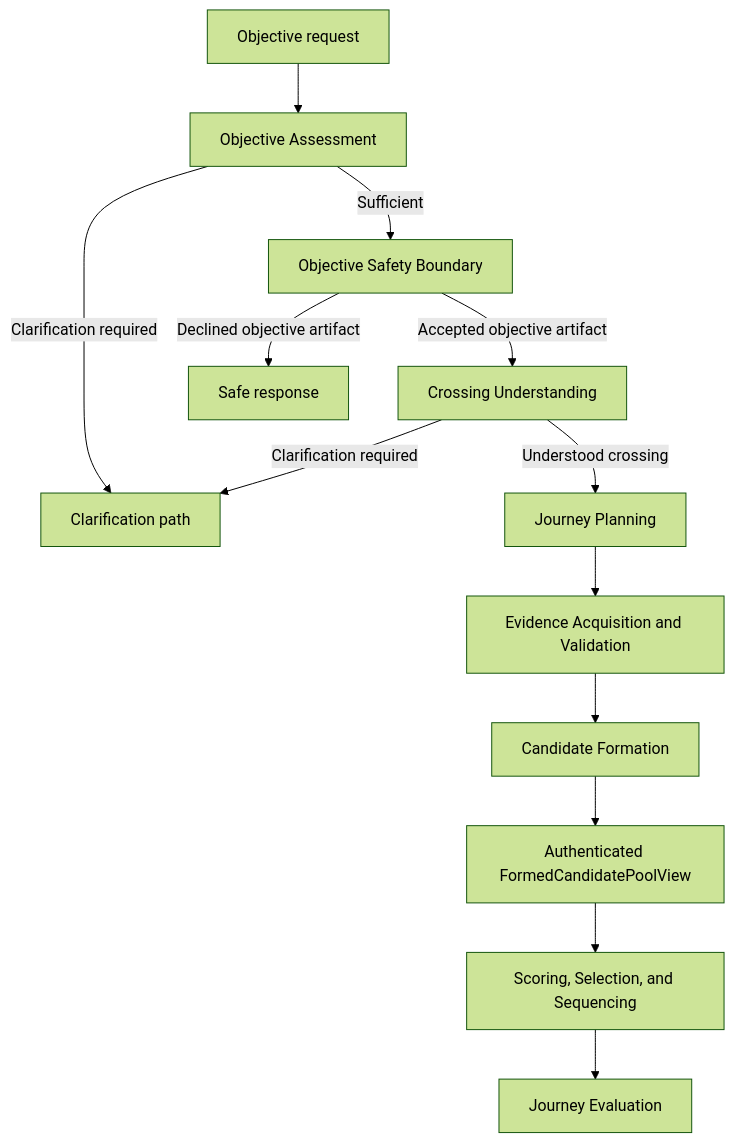
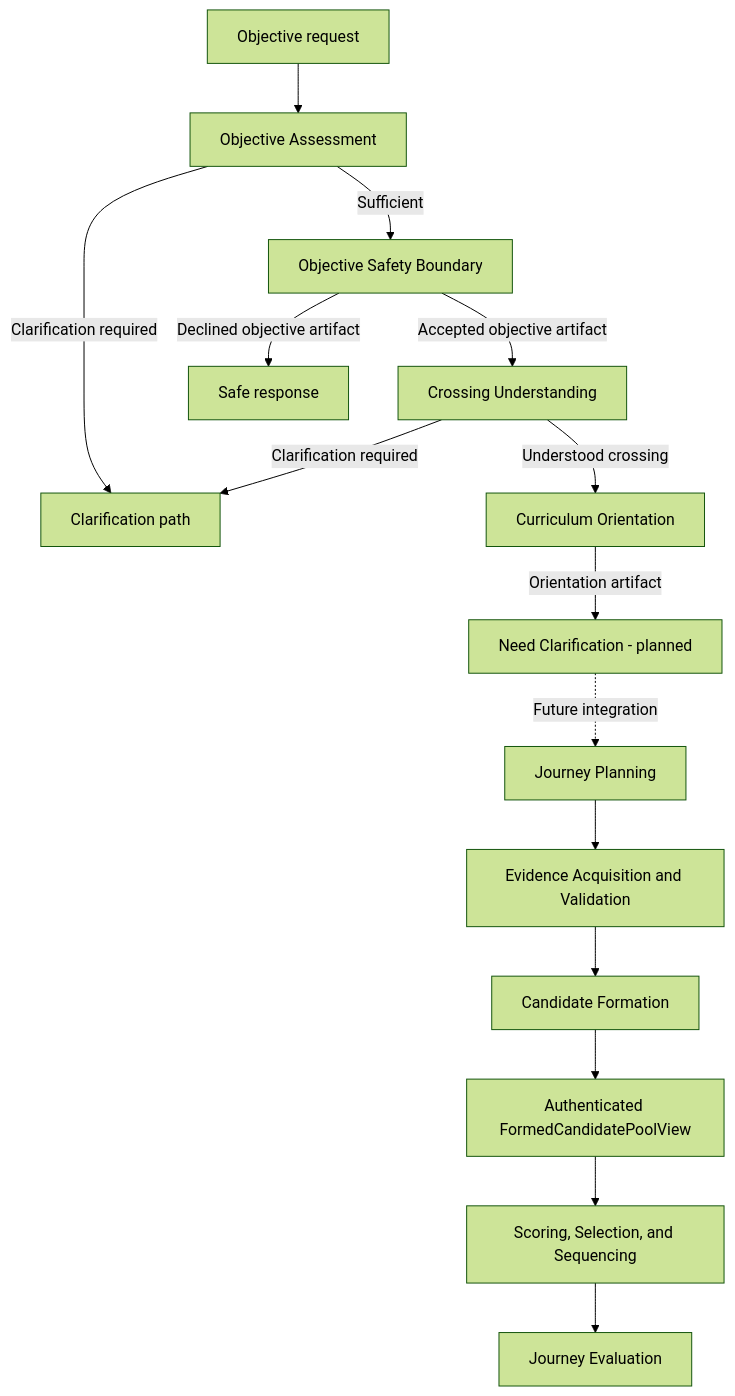
One commit to kevin7773/PlaylistNarrative changed the diagram in docs/architecture.md. Above: the diagram before and after it, drawn with Mermaid (forest theme). The commit also changed other lines of this file and 8 other files, not shown here.

Commit message:
feat: add deterministic curriculum orientation

````diff
--- a/docs/architecture.md
+++ b/docs/architecture.md
@@ -50,15 +53,17 @@
 ```mermaid
 flowchart TD
     A["Objective request"] --> B["Objective Assessment"]
     B -->|"Clarification required"| C["Clarification path"]
     B -->|"Sufficient"| D["Objective Safety Boundary"]
     D -->|"Accepted objective artifact"| CU["Crossing Understanding"]
     D -->|"Declined objective artifact"| F["Safe response"]
-    CU -->|"Understood crossing"| E["Journey Planning"]
+    CU -->|"Understood crossing"| O["Curriculum Orientation"]
     CU -->|"Clarification required"| C
+    O -->|"Orientation artifact"| N["Need Clarification - planned"]
+    N -.->|"Future integration"| E["Journey Planning"]
     E --> G["Evidence Acquisition and Validation"]
     G --> J["Candidate Formation"]
     J --> K["Authenticated FormedCandidatePoolView"]
     K --> H["Scoring, Selection, and Sequencing"]
     H --> I["Journey Evaluation"]
 ```
````
